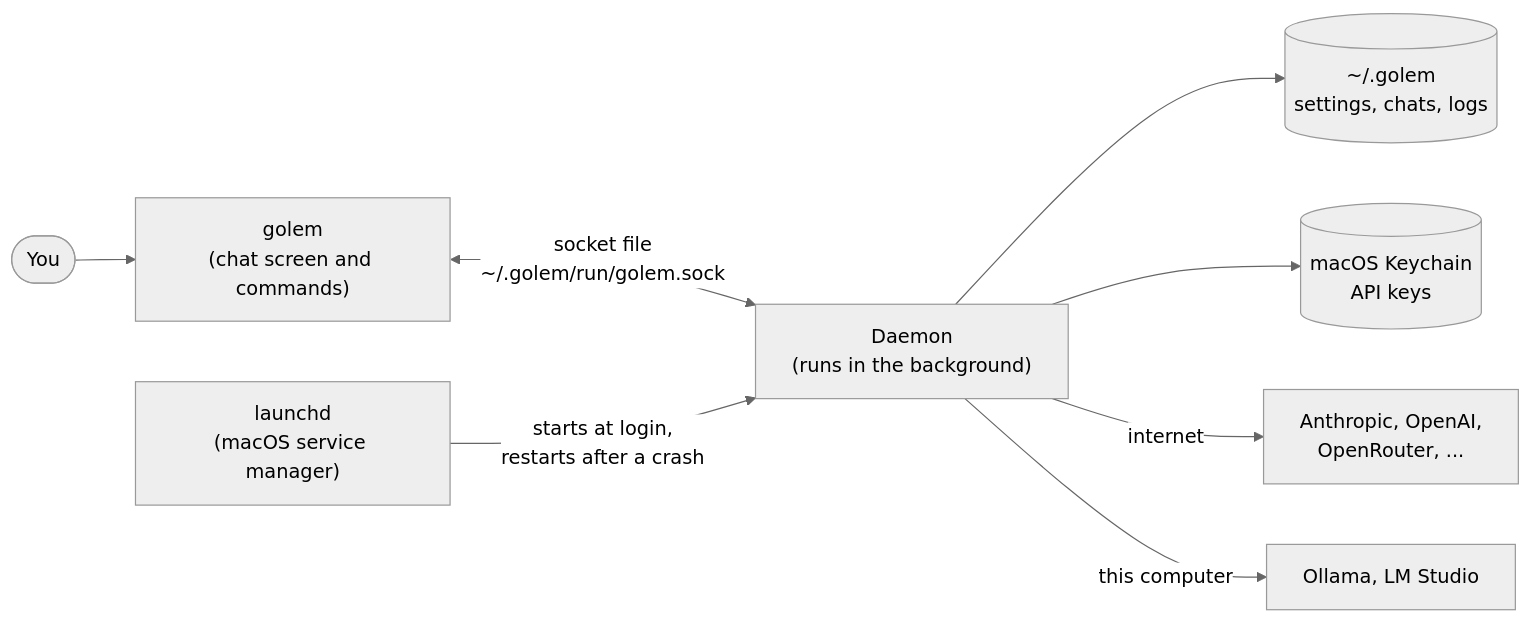
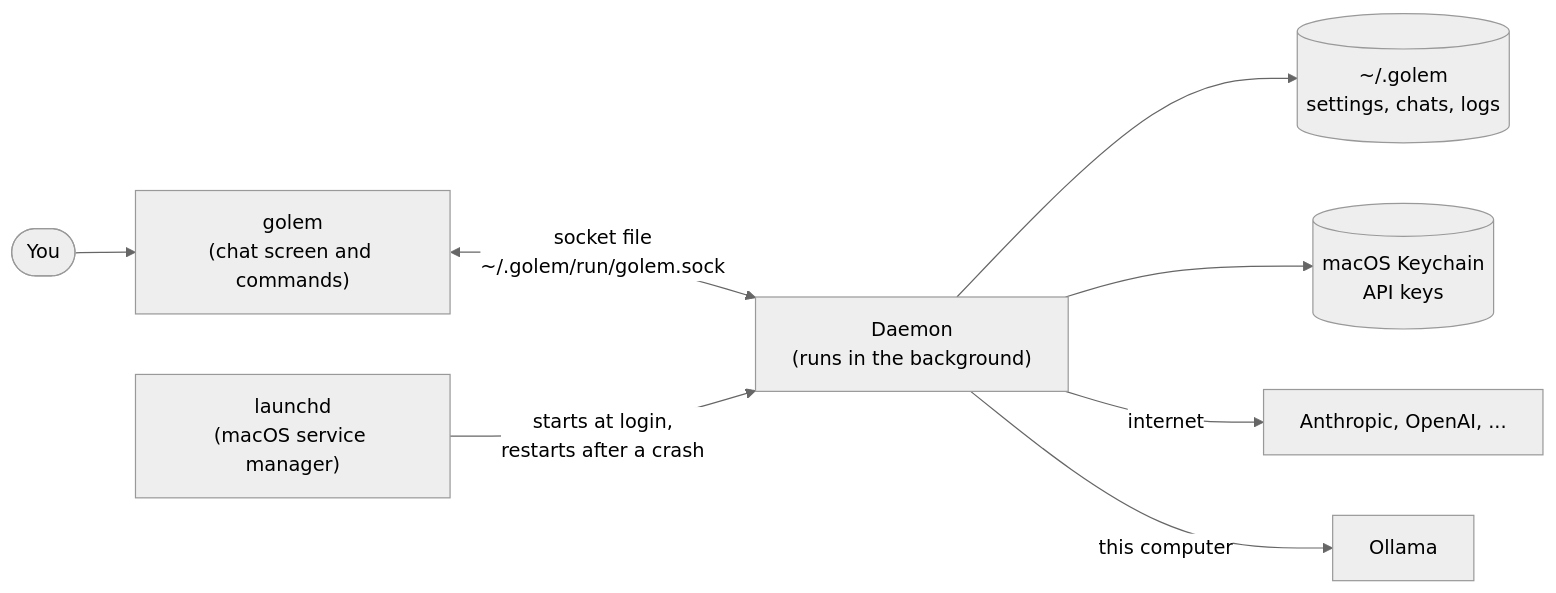
The first of 17 diagrams in docs/sre.md (MilanPavel/golem), drawn with Mermaid (neutral theme) before and after one commit. The commit also changed 27 other files, not shown here.

First line of the commit message:
refactor(models): remove OpenRouter, Groq, Together, and LM Studio (#495)

````diff
--- a/docs/sre.md
+++ b/docs/sre.md
@@ -21,10 +21,10 @@
 ```mermaid
 flowchart LR
   you([You]) --> golem["golem<br/>(chat screen and commands)"]
   golem <-->|"socket file<br/>~/.golem/run/golem.sock"| daemon["Daemon<br/>(runs in the background)"]
   launchd["launchd<br/>(macOS service manager)"] -->|"starts at login,<br/>restarts after a crash"| daemon
   daemon --> data[("~/.golem<br/>settings, chats, logs")]
   daemon --> keychain[("macOS Keychain<br/>API keys")]
-  daemon -->|internet| cloud["Anthropic, OpenAI,<br/>OpenRouter, ..."]
-  daemon -->|this computer| local["Ollama, LM Studio"]
+  daemon -->|internet| cloud["Anthropic, OpenAI, ..."]
+  daemon -->|this computer| local["Ollama"]
 ```
````
